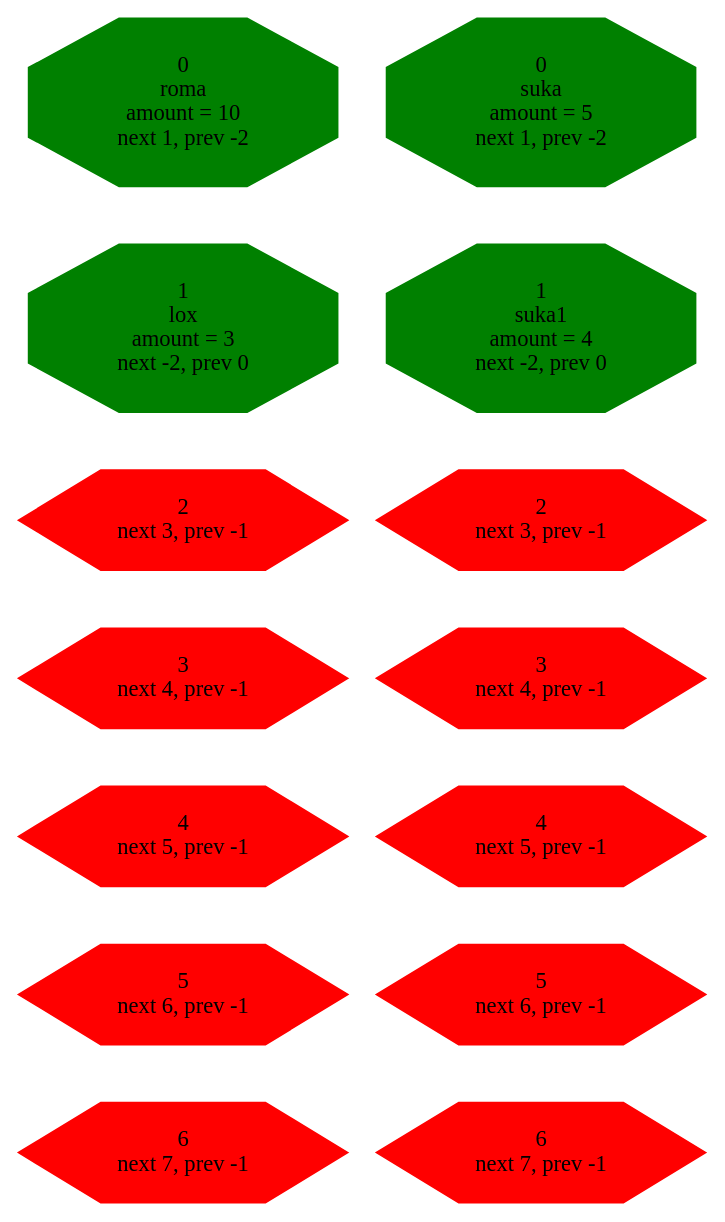
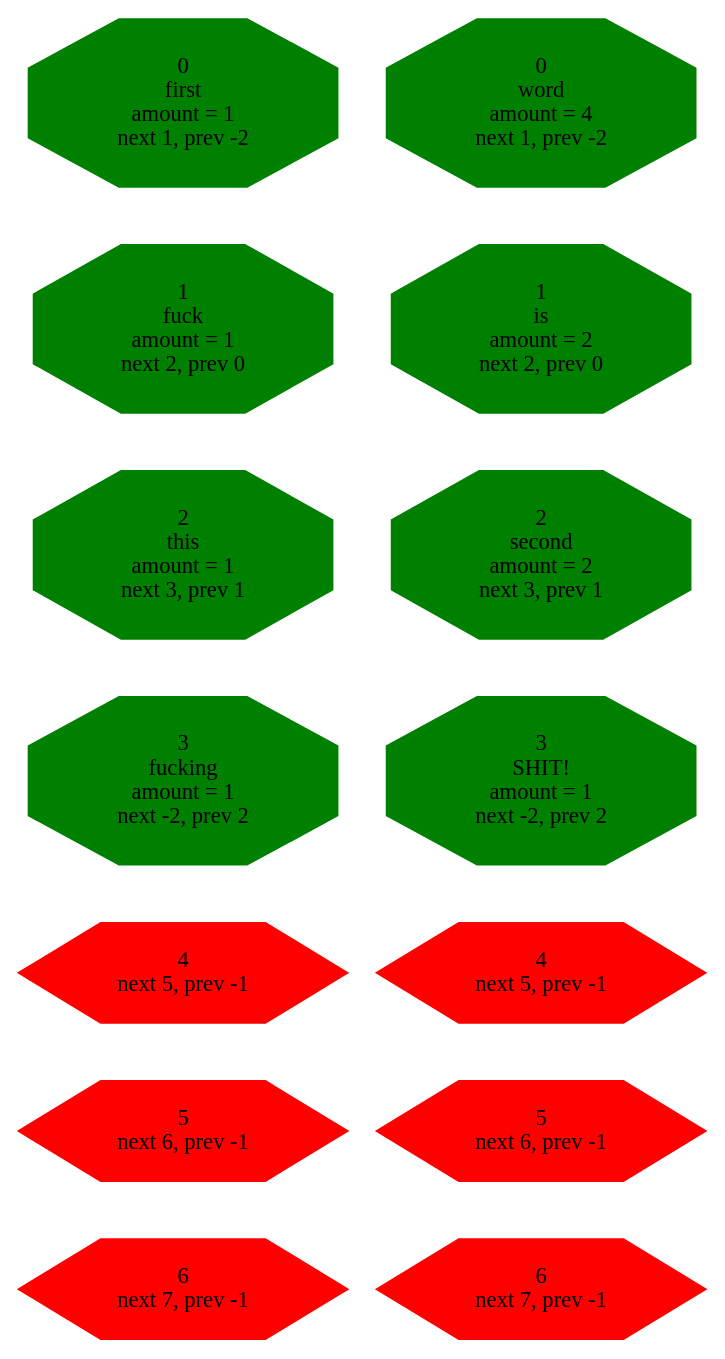
One commit to EnikAs/HashTable changed the diagram in logfile.dot. Above: the diagram before and after it, drawn with Graphviz. The commit also changed 10 other files, not shown here.

```diff
--- a/logfile.dot
+++ b/logfile.dot
@@ -1,37 +1,45 @@
 digraph G{
 rankdir=UD;
--387920096 [color = "green", style = "filled", fillcolor = "green",label =" 0 \nroma
-amount = 10
+ptr0x559c20a05100 [color = "green", style = "filled", fillcolor = "green",label =" 0 \nfirst
+amount = 1
  next 1, prev -2",shape = "octagon"];
--387920072 [color = "green", style = "filled", fillcolor = "green",label =" 1 \nlox
-amount = 3
- next -2, prev 0",shape = "octagon"];
--387920048 [color = "red", style = "filled", fillcolor = "red",label =" 2 \n next 3, prev -1",shape = "hexagon"];
--387920024 [color = "red", style = "filled", fillcolor = "red",label =" 3 \n next 4, prev -1",shape = "hexagon"];
--387920000 [color = "red", style = "filled", fillcolor = "red",label =" 4 \n next 5, prev -1",shape = "hexagon"];
--387919976 [color = "red", style = "filled", fillcolor = "red",label =" 5 \n next 6, prev -1",shape = "hexagon"];
--387919952 [color = "red", style = "filled", fillcolor = "red",label =" 6 \n next 7, prev -1",shape = "hexagon"];
--387920096 -> -387920072[style = "invis"];
--387920072 -> -387920048[style = "invis"];
--387920048 -> -387920024[style = "invis"];
--387920024 -> -387920000[style = "invis"];
--387920000 -> -387919976[style = "invis"];
--387919976 -> -387919952[style = "invis"];
--387919920 [color = "green", style = "filled", fillcolor = "green",label =" 0 \nsuka
-amount = 5
+ptr0x559c20a05118 [color = "green", style = "filled", fillcolor = "green",label =" 1 \nfuck
+amount = 1
+ next 2, prev 0",shape = "octagon"];
+ptr0x559c20a05130 [color = "green", style = "filled", fillcolor = "green",label =" 2 \nthis
+amount = 1
+ next 3, prev 1",shape = "octagon"];
+ptr0x559c20a05148 [color = "green", style = "filled", fillcolor = "green",label =" 3 \nfucking
+amount = 1
+ next -2, prev 2",shape = "octagon"];
+ptr0x559c20a05160 [color = "red", style = "filled", fillcolor = "red",label =" 4 \n next 5, prev -1",shape = "hexagon"];
+ptr0x559c20a05178 [color = "red", style = "filled", fillcolor = "red",label =" 5 \n next 6, prev -1",shape = "hexagon"];
+ptr0x559c20a05190 [color = "red", style = "filled", fillcolor = "red",label =" 6 \n next 7, prev -1",shape = "hexagon"];
+ptr0x559c20a05100 -> ptr0x559c20a05118[style = "invis"];
+ptr0x559c20a05118 -> ptr0x559c20a05130[style = "invis"];
+ptr0x559c20a05130 -> ptr0x559c20a05148[style = "invis"];
+ptr0x559c20a05148 -> ptr0x559c20a05160[style = "invis"];
+ptr0x559c20a05160 -> ptr0x559c20a05178[style = "invis"];
+ptr0x559c20a05178 -> ptr0x559c20a05190[style = "invis"];
+ptr0x559c20a051b0 [color = "green", style = "filled", fillcolor = "green",label =" 0 \nword
+amount = 4
  next 1, prev -2",shape = "octagon"];
--387919896 [color = "green", style = "filled", fillcolor = "green",label =" 1 \nsuka1
-amount = 4
- next -2, prev 0",shape = "octagon"];
--387919872 [color = "red", style = "filled", fillcolor = "red",label =" 2 \n next 3, prev -1",shape = "hexagon"];
--387919848 [color = "red", style = "filled", fillcolor = "red",label =" 3 \n next 4, prev -1",shape = "hexagon"];
--387919824 [color = "red", style = "filled", fillcolor = "red",label =" 4 \n next 5, prev -1",shape = "hexagon"];
--387919800 [color = "red", style = "filled", fillcolor = "red",label =" 5 \n next 6, prev -1",shape = "hexagon"];
--387919776 [color = "red", style = "filled", fillcolor = "red",label =" 6 \n next 7, prev -1",shape = "hexagon"];
--387919920 -> -387919896[style = "invis"];
--387919896 -> -387919872[style = "invis"];
--387919872 -> -387919848[style = "invis"];
--387919848 -> -387919824[style = "invis"];
--387919824 -> -387919800[style = "invis"];
--387919800 -> -387919776[style = "invis"];
+ptr0x559c20a051c8 [color = "green", style = "filled", fillcolor = "green",label =" 1 \nis
+amount = 2
+ next 2, prev 0",shape = "octagon"];
+ptr0x559c20a051e0 [color = "green", style = "filled", fillcolor = "green",label =" 2 \nsecond
+amount = 2
+ next 3, prev 1",shape = "octagon"];
+ptr0x559c20a051f8 [color = "green", style = "filled", fillcolor = "green",label =" 3 \nSHIT!
+amount = 1
+ next -2, prev 2",shape = "octagon"];
+ptr0x559c20a05210 [color = "red", style = "filled", fillcolor = "red",label =" 4 \n next 5, prev -1",shape = "hexagon"];
+ptr0x559c20a05228 [color = "red", style = "filled", fillcolor = "red",label =" 5 \n next 6, prev -1",shape = "hexagon"];
+ptr0x559c20a05240 [color = "red", style = "filled", fillcolor = "red",label =" 6 \n next 7, prev -1",shape = "hexagon"];
+ptr0x559c20a051b0 -> ptr0x559c20a051c8[style = "invis"];
+ptr0x559c20a051c8 -> ptr0x559c20a051e0[style = "invis"];
+ptr0x559c20a051e0 -> ptr0x559c20a051f8[style = "invis"];
+ptr0x559c20a051f8 -> ptr0x559c20a05210[style = "invis"];
+ptr0x559c20a05210 -> ptr0x559c20a05228[style = "invis"];
+ptr0x559c20a05228 -> ptr0x559c20a05240[style = "invis"];
 }
```
